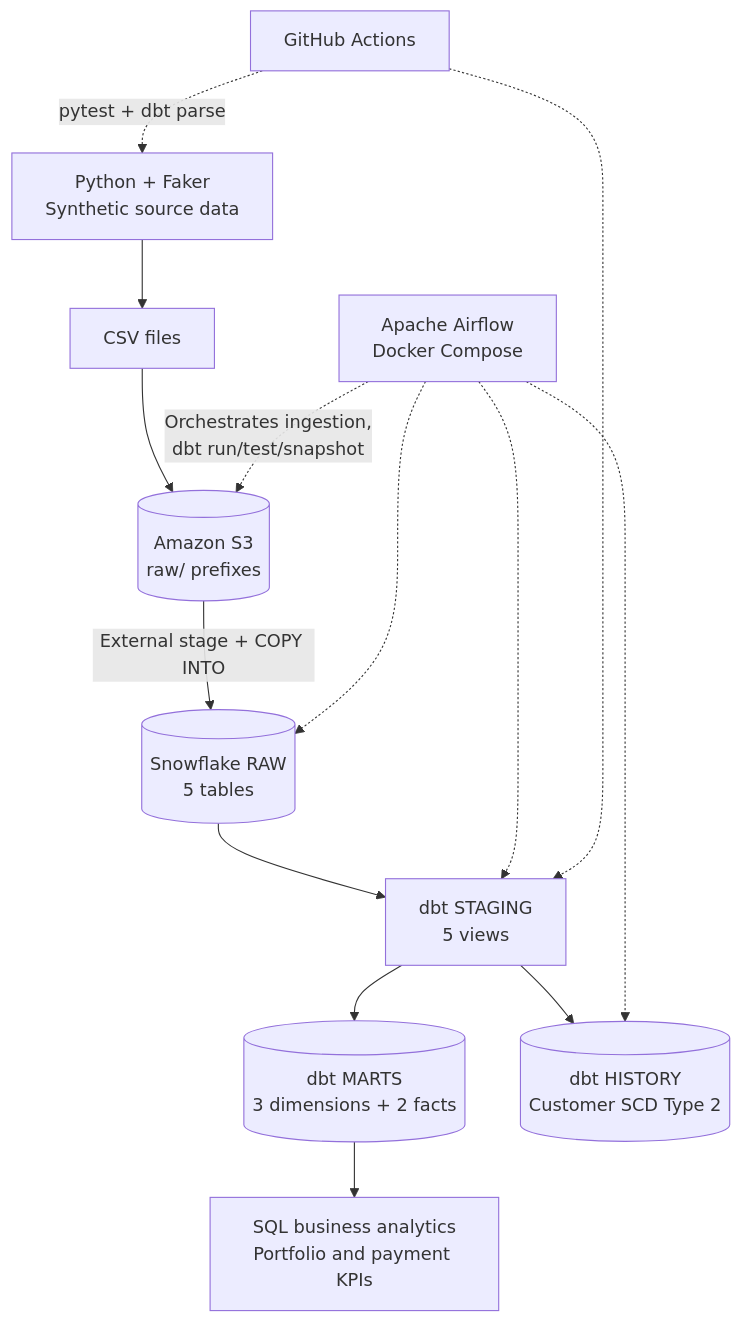
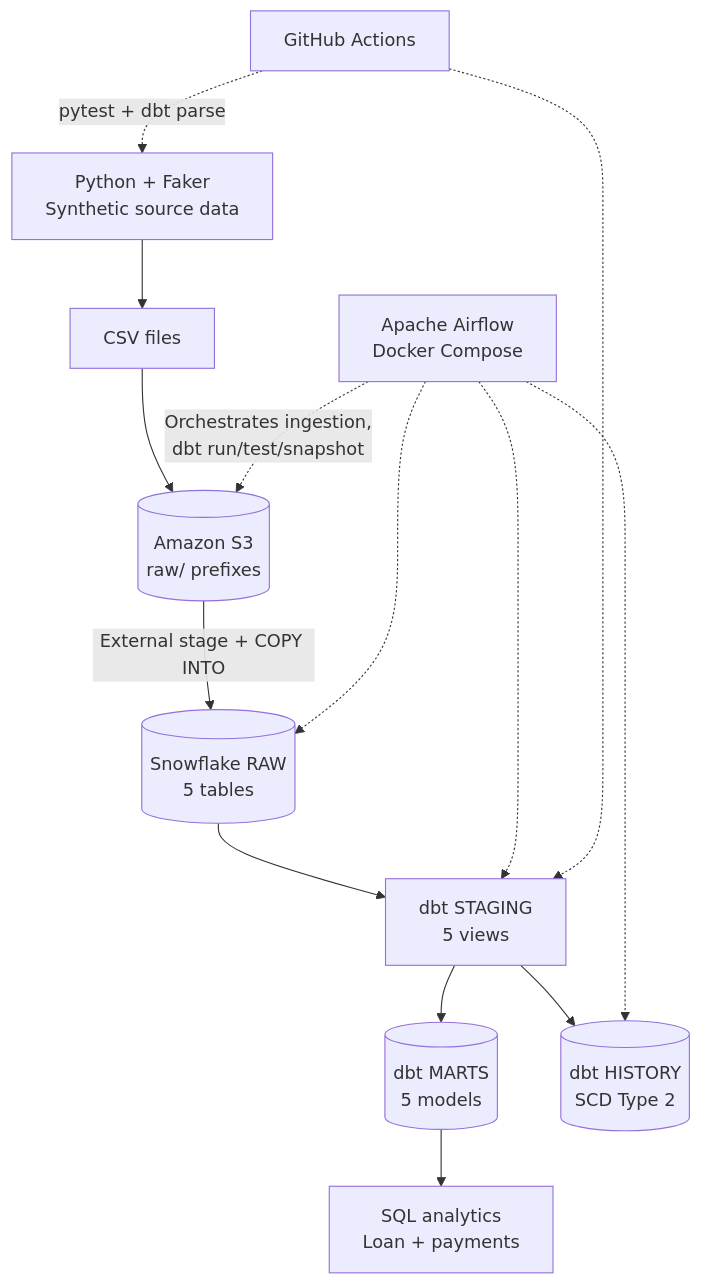
One commit to AroraSarthak7799/cloud-financial-data-platform changed the diagram in README.md. Above: the diagram before and after it, drawn with Mermaid.

Commit message:
Refine architecture diagram labels

````diff
--- a/README.md
+++ b/README.md
@@ -27,16 +27,16 @@
 ```mermaid
 flowchart TB
     A[Python + Faker<br/>Synthetic source data] --> B[CSV files]
     B --> C[(Amazon S3<br/>raw/ prefixes)]
     C -->|External stage + COPY INTO| D[(Snowflake RAW<br/>5 tables)]
     D --> E[dbt STAGING<br/>5 views]
-    E --> F[(dbt MARTS<br/>3 dimensions + 2 facts)]
-    E --> G[(dbt HISTORY<br/>Customer SCD Type 2)]
-    F --> H[SQL business analytics<br/>Portfolio and payment KPIs]
+    E --> F[(dbt MARTS<br/>5 models)]
+    E --> G[(dbt HISTORY<br/>SCD Type 2)]
+    F --> H[SQL analytics<br/>Loan + payments]
     I[Apache Airflow<br/>Docker Compose] -.->|Orchestrates ingestion,<br/>dbt run/test/snapshot| C
     I -.-> D
     I -.-> E
     I -.-> G
     J[GitHub Actions] -.->|pytest + dbt parse| A
     J -.-> E
 ```
````
